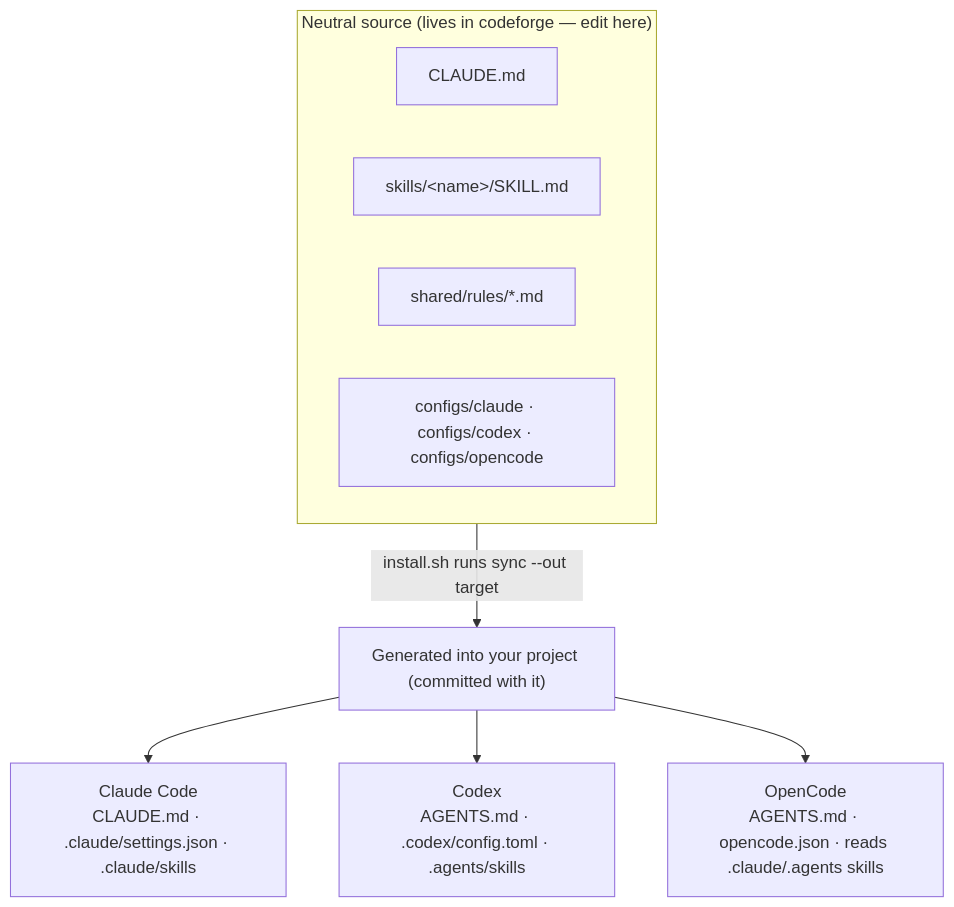
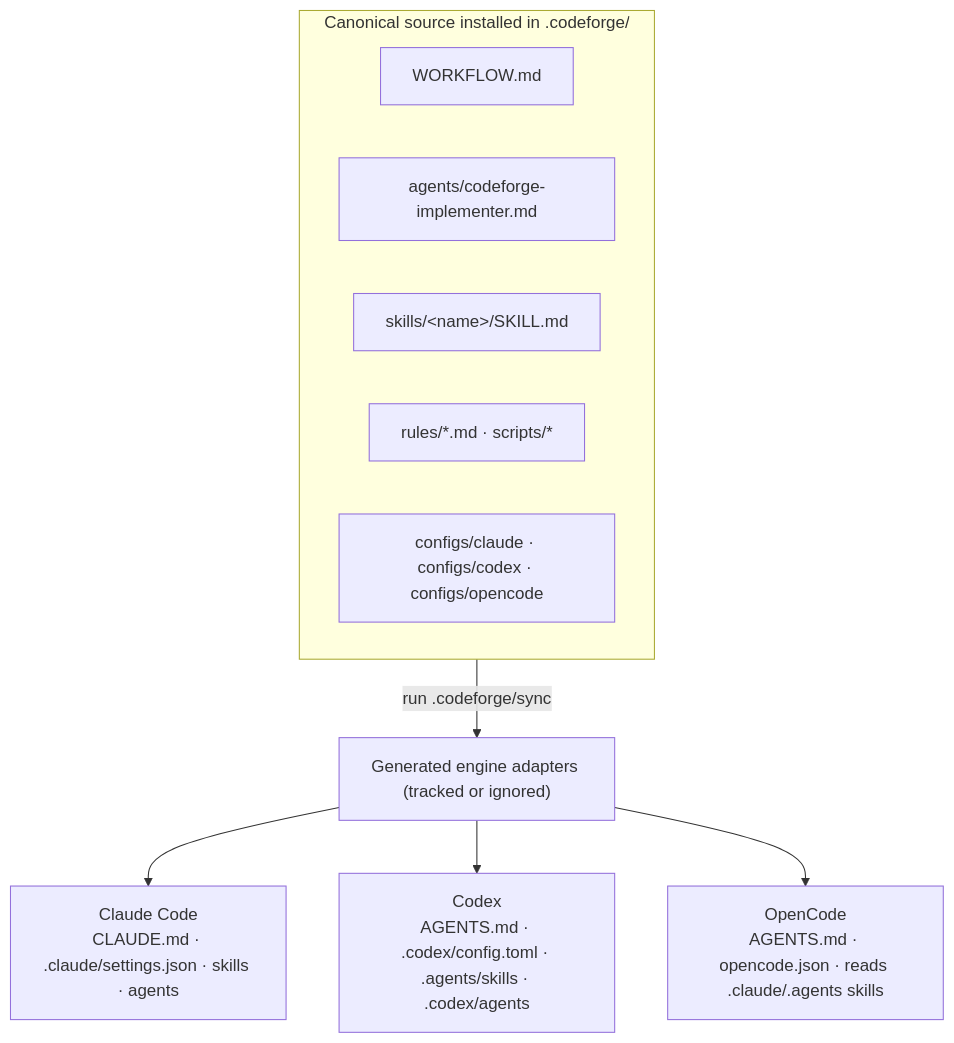
Before and after one commit to Juan-Motta/codeforge: the second of 2 diagrams in README.md, drawn with Mermaid. The commit also changed other lines of this file and 81 other files, not shown here.

Commit message:
feat: consolidate CodeForge installation workflow

````diff
--- a/README.md
+++ b/README.md
@@ -119,13 +120,14 @@
 ```mermaid
 flowchart TD
-    subgraph SRC["Neutral source (lives in codeforge — edit here)"]
-        INS["CLAUDE.md"]
+    subgraph SRC["Canonical source installed in .codeforge/"]
+        INS["WORKFLOW.md"]
+        AG["agents/codeforge-implementer.md"]
         SK["skills/&lt;name&gt;/SKILL.md"]
-        RU["shared/rules/*.md"]
+        RU["rules/*.md · scripts/*"]
         CF["configs/claude · configs/codex · configs/opencode"]
     end
-    SRC -->|install.sh runs sync --out target| GEN["Generated into your project (committed with it)"]
-    GEN --> CLAUDE["Claude Code<br/>CLAUDE.md · .claude/settings.json · .claude/skills"]
-    GEN --> CODEX["Codex<br/>AGENTS.md · .codex/config.toml · .agents/skills"]
+    SRC -->|run .codeforge/sync| GEN["Generated engine adapters (tracked or ignored)"]
+    GEN --> CLAUDE["Claude Code<br/>CLAUDE.md · .claude/settings.json · skills · agents"]
+    GEN --> CODEX["Codex<br/>AGENTS.md · .codex/config.toml · .agents/skills · .codex/agents"]
     GEN --> OPEN["OpenCode<br/>AGENTS.md · opencode.json · reads .claude/.agents skills"]
 ```
````
